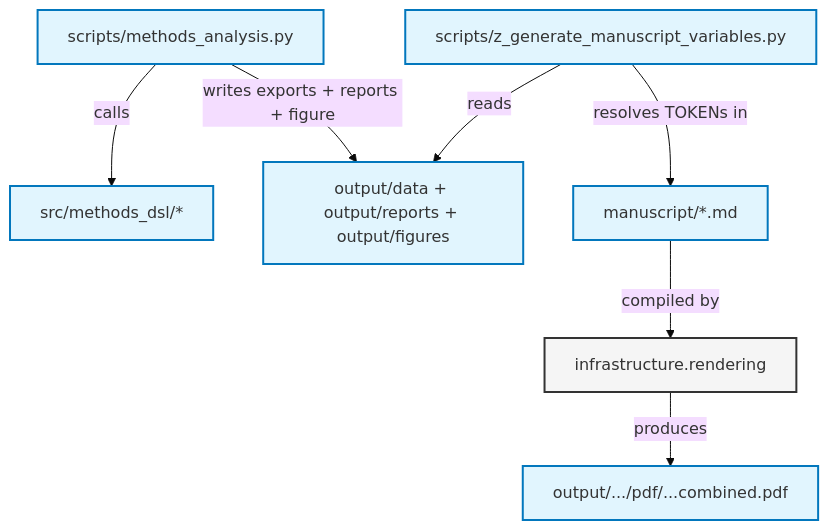
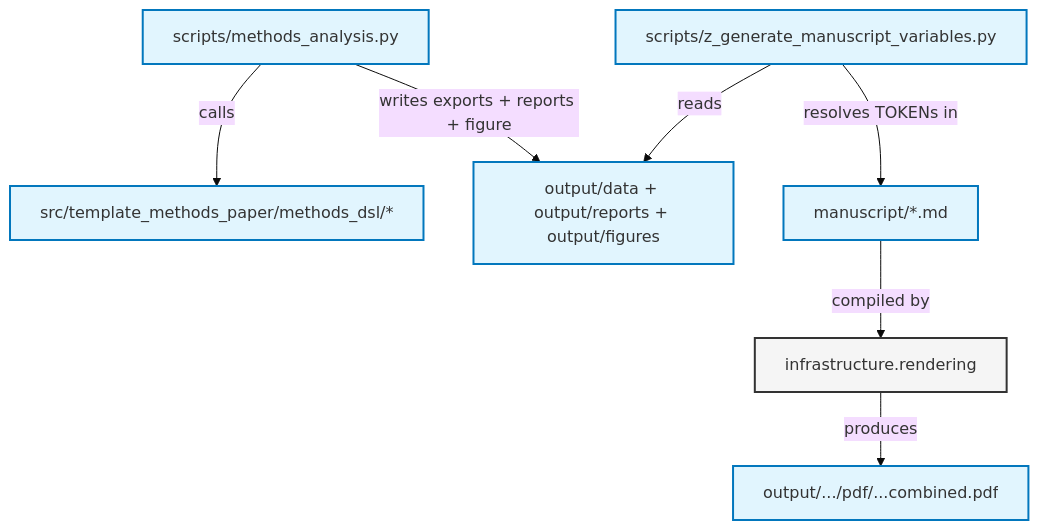
Before and after one commit to docxology/template: the diagram in projects/templates/template_methods_paper/manuscript/README.md, drawn with Mermaid (base theme). The commit also changed other lines of this file and 153 other files, not shown here.

````diff
--- a/projects/templates/template_methods_paper/manuscript/README.md
+++ b/projects/templates/template_methods_paper/manuscript/README.md
@@ -25,18 +25,18 @@
 ```mermaid
 graph TD
     classDef project fill:#e1f5fe,stroke:#0277bd,stroke-width:2px;
     classDef infra fill:#f5f5f5,stroke:#333,stroke-width:2px;
 
     Script["scripts/methods_analysis.py"]:::project
-    Lib["src/methods_dsl/*"]:::project
+    Lib["src/template_methods_paper/methods_dsl/*"]:::project
     GMV["scripts/z_generate_manuscript_variables.py"]:::project
     Manuscript["manuscript/*.md"]:::project
     Rendering["infrastructure.rendering"]:::infra
 
     Script -->|calls| Lib
     Script -->|writes exports + reports + figure| Out["output/data + output/reports + output/figures"]:::project
     GMV -->|reads| Out
     GMV -->|resolves TOKENs in| Manuscript
     Manuscript -->|compiled by| Rendering
     Rendering -->|produces| PDF["output/.../pdf/...combined.pdf"]:::project
 ```
````
